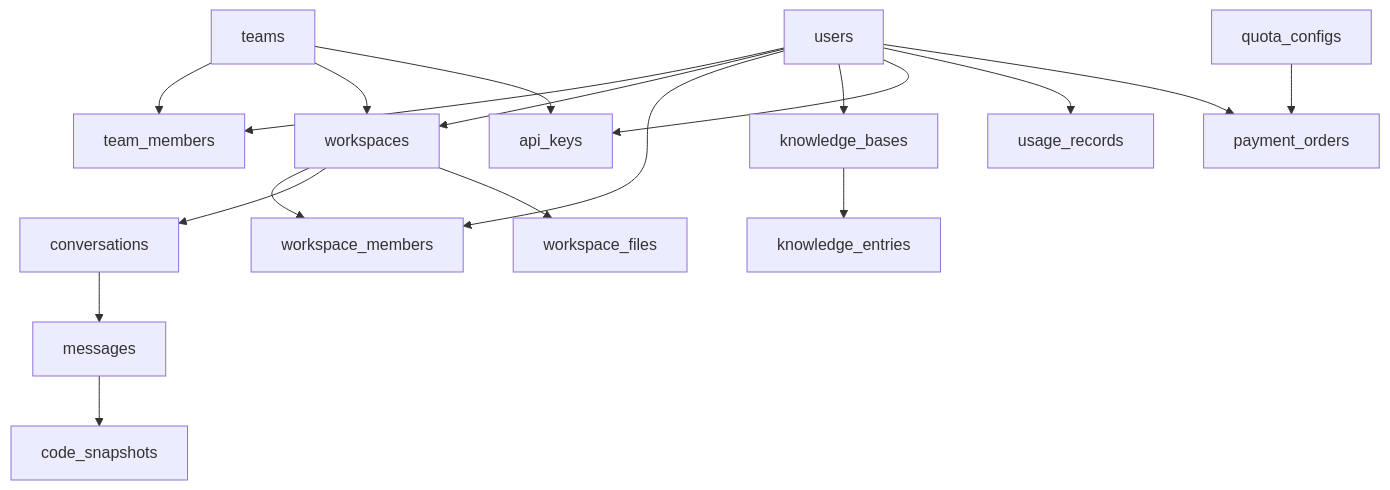
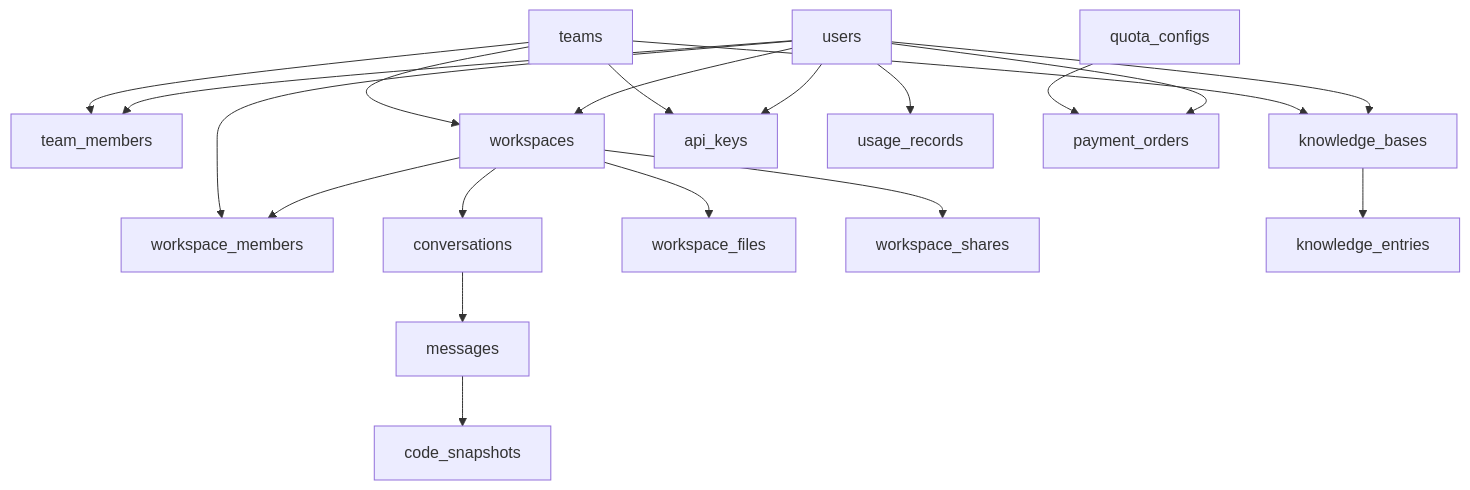
Before and after one commit to dtssv/ai-design: the first of 3 diagrams in docs/technical-design.md, drawn with Mermaid. The commit also changed other lines of this file and 36 other files, not shown here.

````diff
--- a/docs/technical-design.md
+++ b/docs/technical-design.md
@@ -412,20 +538,22 @@
 ```mermaid
 graph TB
     Users[users] --> TeamMembers[team_members]
     Teams[teams] --> TeamMembers
     Users --> Workspaces[workspaces]
     Teams --> Workspaces
     Workspaces --> WorkspaceMembers[workspace_members]
     Users --> WorkspaceMembers
     Workspaces --> Conversations[conversations]
     Conversations --> Messages[messages]
     Messages --> CodeSnapshots[code_snapshots]
     Workspaces --> WorkspaceFiles[workspace_files]
+    Workspaces --> WorkspaceShares[workspace_shares]
     Users --> KnowledgeBases[knowledge_bases]
+    Teams --> KnowledgeBases
     KnowledgeBases --> KnowledgeEntries[knowledge_entries]
     Users --> ApiKeys[api_keys]
     Teams --> ApiKeys
     Users --> UsageRecords[usage_records]
     Users --> PaymentOrders[payment_orders]
     QuotaConfigs[quota_configs] --> PaymentOrders
 ```
````
